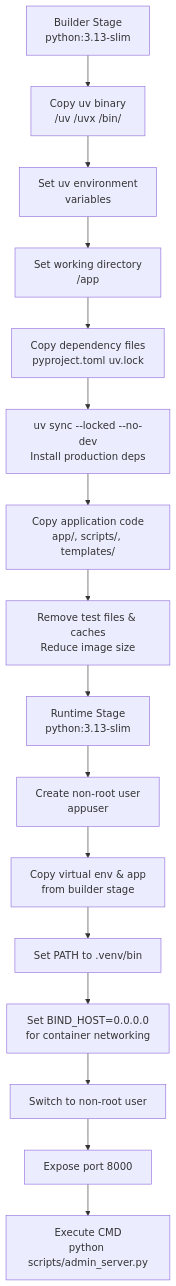
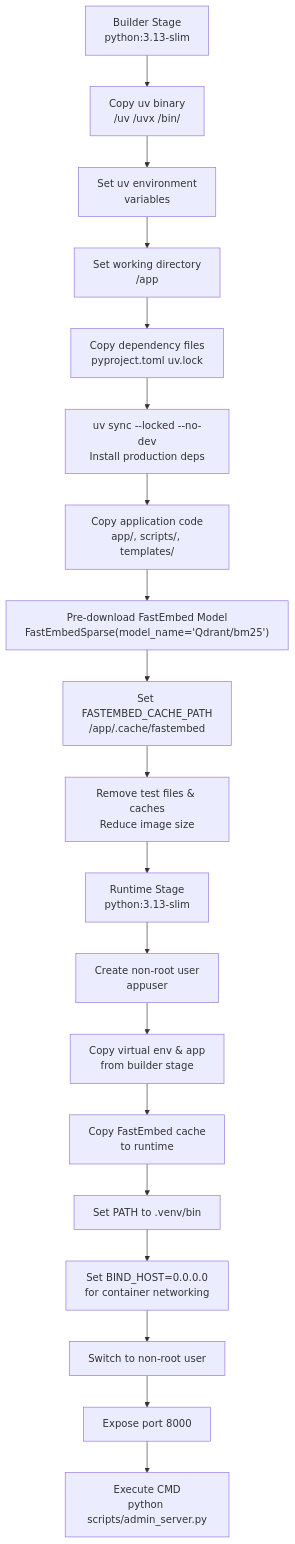
One commit to ognelis/cafetera_hr_bot changed diagram 20 of 20 in .qoder/repowiki/en/content/Deployment and Operations.md. Above: the diagram before and after it, drawn with Mermaid. The commit also changed other lines of this file and 2 other files, not shown here.

````diff
--- a/.qoder/repowiki/en/content/Deployment and Operations.md
+++ b/.qoder/repowiki/en/content/Deployment and Operations.md
@@ -957,18 +1058,21 @@
 ```mermaid
 flowchart TD
 Builder["Builder Stage<br/>python:3.13-slim"] --> UVCopy["Copy uv binary<br/>/uv /uvx /bin/"]
 UVCopy --> EnvVars["Set uv environment<br/>variables"]
 EnvVars --> WorkDir["Set working directory<br/>/app"]
 WorkDir --> DepFiles["Copy dependency files<br/>pyproject.toml uv.lock"]
 DepFiles --> UvSync["uv sync --locked --no-dev<br/>Install production deps"]
 UvSync --> AppCopy["Copy application code<br/>app/, scripts/, templates/"]
-AppCopy --> Cleanup["Remove test files & caches<br/>Reduce image size"]
+AppCopy --> PreDownload["Pre-download FastEmbed Model<br/>FastEmbedSparse(model_name='Qdrant/bm25')"]
+PreDownload --> CachePath["Set FASTEMBED_CACHE_PATH<br/>/app/.cache/fastembed"]
+CachePath --> Cleanup["Remove test files & caches<br/>Reduce image size"]
 Cleanup --> Runtime["Runtime Stage<br/>python:3.13-slim"]
 Runtime --> UserSetup["Create non-root user<br/>appuser"]
 UserSetup --> CopyArtifacts["Copy virtual env & app<br/>from builder stage"]
-CopyArtifacts --> PathConfig["Set PATH to .venv/bin"]
+CopyArtifacts --> CopyCache["Copy FastEmbed cache<br/>to runtime"]
+CopyCache --> PathConfig["Set PATH to .venv/bin"]
 PathConfig --> HostConfig["Set BIND_HOST=0.0.0.0<br/>for container networking"]
 HostConfig --> UserExec["Switch to non-root user"]
 UserExec --> PortExpose["Expose port 8000"]
 PortExpose --> CmdExec["Execute CMD<br/>python scripts/admin_server.py"]
 ```
````
